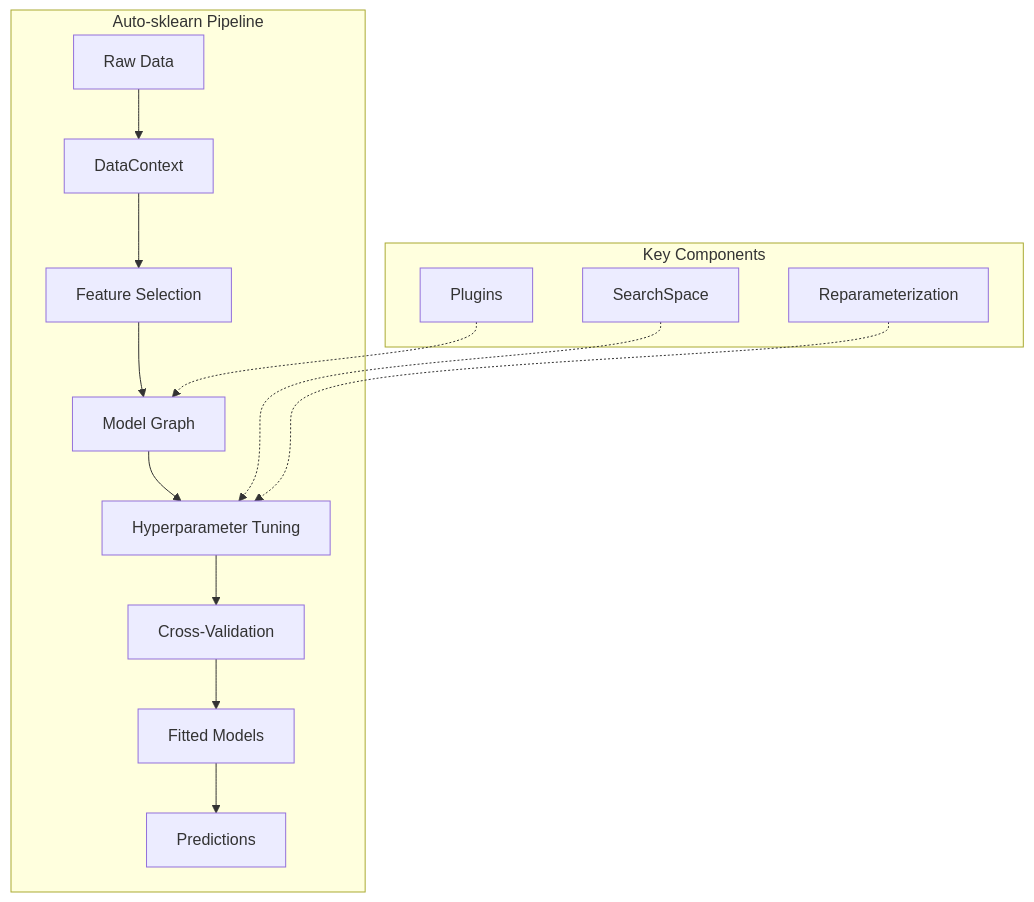
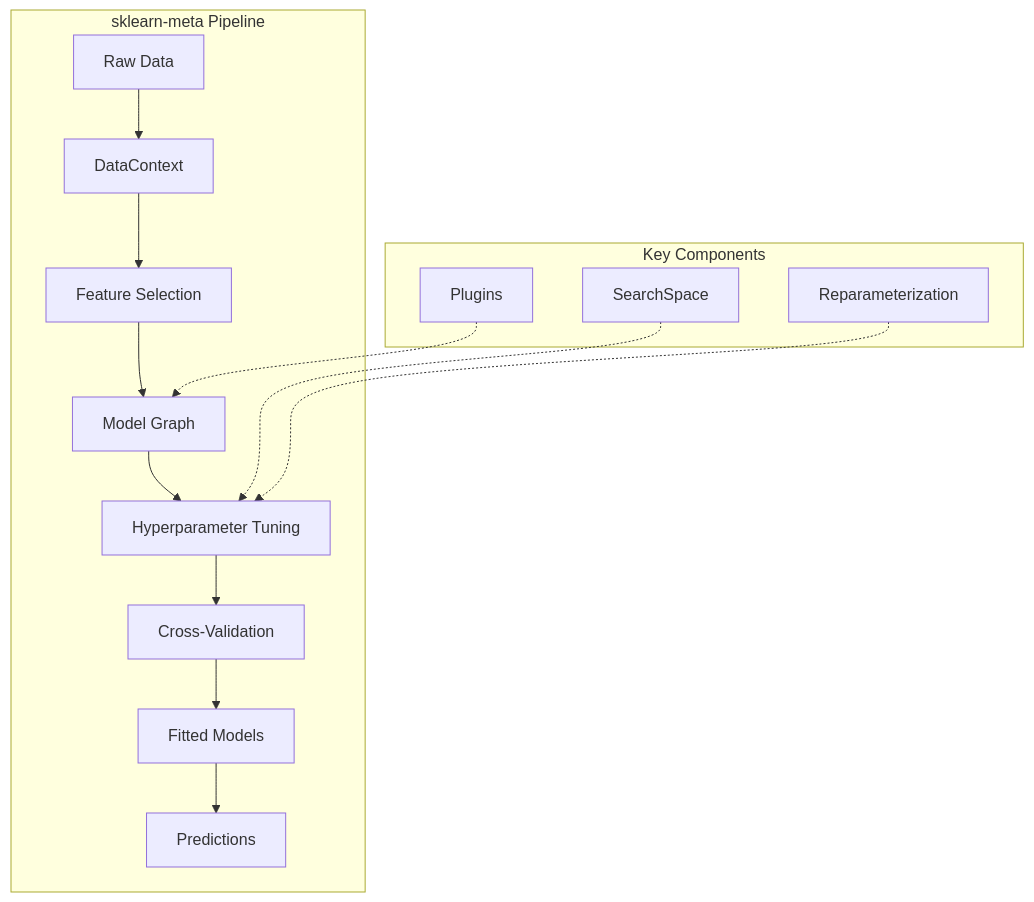
One commit to caldred/sklearn-meta changed the first of 2 diagrams in docs/index.md. Above: the diagram before and after it, drawn with Mermaid. The commit also changed other lines of this file and 11 other files, not shown here.

First line of the commit message:
Update docs to use sklearn_meta package name and add missing API docs

````diff
--- a/docs/index.md
+++ b/docs/index.md
@@ -11,18 +11,18 @@
 ```mermaid
 graph TB
-    subgraph "Auto-sklearn Pipeline"
+    subgraph "sklearn-meta Pipeline"
         A[Raw Data] --> B[DataContext]
         B --> C[Feature Selection]
         C --> D[Model Graph]
         D --> E[Hyperparameter Tuning]
         E --> F[Cross-Validation]
         F --> G[Fitted Models]
         G --> H[Predictions]
     end
 
     subgraph "Key Components"
         I[SearchSpace] -.-> E
         J[Reparameterization] -.-> E
         K[Plugins] -.-> D
     end
 ```
````
